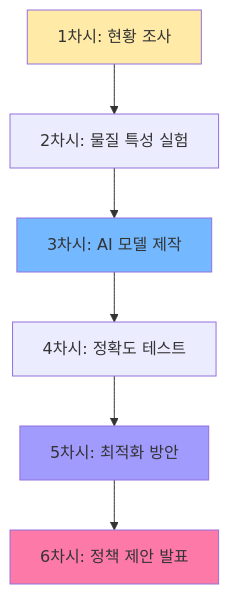
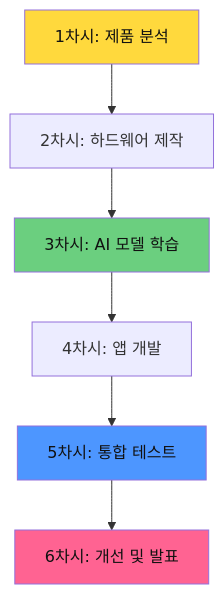
The third of 8 diagrams in documents/6차식/영종AI융합교육센터_과학중점_6차시_프로그램.md (Collegenie-X/AIMakerLab_Web), drawn with Mermaid before and after one commit. The commit also changed other lines of this file and 24 other files, not shown here.

````diff
--- a/documents/6차식/영종AI융합교육센터_과학중점_6차시_프로그램.md
+++ b/documents/6차식/영종AI융합교육센터_과학중점_6차시_프로그램.md
@@ -132,13 +160,13 @@
 ```mermaid
 graph TD
-    A[1차시: 현황 조사] --> B[2차시: 물질 특성 실험]
-    B --> C[3차시: AI 모델 제작]
-    C --> D[4차시: 정확도 테스트]
-    D --> E[5차시: 최적화 방안]
-    E --> F[6차시: 정책 제안 발표]
+    A[1차시: 제품 분석] --> B[2차시: 하드웨어 제작]
+    B --> C[3차시: AI 모델 학습]
+    C --> D[4차시: 앱 개발]
+    D --> E[5차시: 통합 테스트]
+    E --> F[6차시: 개선 및 발표]
     
-    style A fill:#ffeaa7
-    style C fill:#74b9ff
-    style E fill:#a29bfe
-    style F fill:#fd79a8
+    style A fill:#ffd93d,color:#111
+    style C fill:#6bcf7f,color:#111
+    style E fill:#4d96ff,color:#111
+    style F fill:#ff6392,color:#111
 ```
````
